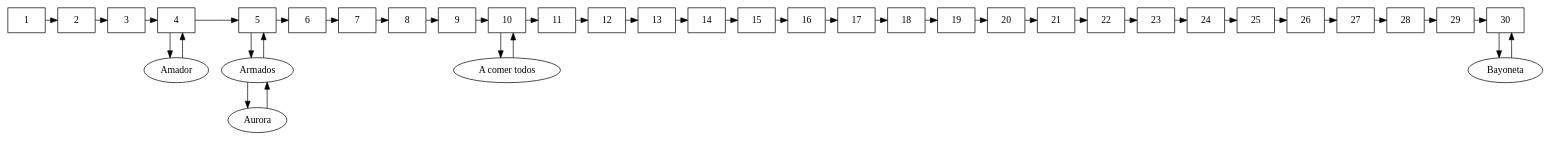
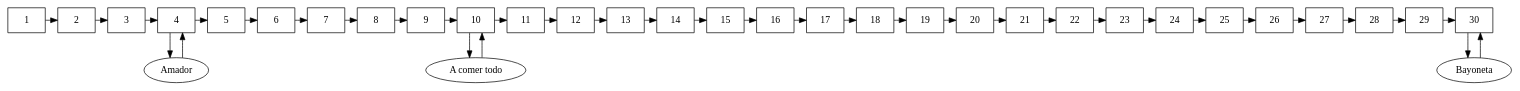
The diagram in templates/getAll.dot (RojasCJP/EDD_VirtualMall_201900289), drawn with Graphviz before and after one commit. The commit also changed 5 other files, not shown here.

```diff
--- a/templates/getAll.dot
+++ b/templates/getAll.dot
@@ -1,76 +1,71 @@
 digraph getAll {
 graph[splines="ortho"];
 Lista1[label="1",shape="box", group=1];
 Lista2[label="2",shape="box", group=2];
 Lista1->Lista2;
 Lista3[label="3",shape="box", group=3];
 Lista2->Lista3;
 Lista4[label="4",shape="box", group=4];
 elemento1[label="Amador",group=4];
 Lista4->elemento1;
  elemento1->Lista4;
 Lista3->Lista4;
 Lista5[label="5",shape="box", group=5];
-elemento2[label="Armados",group=5];
-Lista5->elemento2;
- elemento2->Lista5;
-elemento3[label="Aurora",group=5];
-elemento2->elemento3;
- elemento3->elemento2;Lista4->Lista5;
+Lista4->Lista5;
 Lista6[label="6",shape="box", group=6];
 Lista5->Lista6;
 Lista7[label="7",shape="box", group=7];
 Lista6->Lista7;
 Lista8[label="8",shape="box", group=8];
 Lista7->Lista8;
 Lista9[label="9",shape="box", group=9];
 Lista8->Lista9;
 Lista10[label="10",shape="box", group=10];
-elemento4[label="A comer todos",group=10];
-Lista10->elemento4;
- elemento4->Lista10;
+elemento2[label="A comer todo",group=10];
+Lista10->elemento2;
+ elemento2->Lista10;
 Lista9->Lista10;
 Lista11[label="11",shape="box", group=11];
 Lista10->Lista11;
 Lista12[label="12",shape="box", group=12];
 Lista11->Lista12;
 Lista13[label="13",shape="box", group=13];
 Lista12->Lista13;
 Lista14[label="14",shape="box", group=14];
 Lista13->Lista14;
 Lista15[label="15",shape="box", group=15];
 Lista14->Lista15;
 Lista16[label="16",shape="box", group=16];
 Lista15->Lista16;
 Lista17[label="17",shape="box", group=17];
 Lista16->Lista17;
 Lista18[label="18",shape="box", group=18];
 Lista17->Lista18;
 Lista19[label="19",shape="box", group=19];
 Lista18->Lista19;
 Lista20[label="20",shape="box", group=20];
 Lista19->Lista20;
 Lista21[label="21",shape="box", group=21];
 Lista20->Lista21;
 Lista22[label="22",shape="box", group=22];
 Lista21->Lista22;
 Lista23[label="23",shape="box", group=23];
 Lista22->Lista23;
 Lista24[label="24",shape="box", group=24];
 Lista23->Lista24;
 Lista25[label="25",shape="box", group=25];
 Lista24->Lista25;
 Lista26[label="26",shape="box", group=26];
 Lista25->Lista26;
 Lista27[label="27",shape="box", group=27];
 Lista26->Lista27;
 Lista28[label="28",shape="box", group=28];
 Lista27->Lista28;
 Lista29[label="29",shape="box", group=29];
 Lista28->Lista29;
 Lista30[label="30",shape="box", group=30];
-elemento5[label="Bayoneta",group=30];
-Lista30->elemento5;
- elemento5->Lista30;
+elemento3[label="Bayoneta",group=30];
+Lista30->elemento3;
+ elemento3->Lista30;
 Lista29->Lista30;
 {rank="same";Lista1;Lista2;Lista3;Lista4;Lista5;Lista6;Lista7;Lista8;Lista9;Lista10;Lista11;Lista12;Lista13;Lista14;Lista15;Lista16;Lista17;Lista18;Lista19;Lista20;Lista21;Lista22;Lista23;Lista24;Lista25;Lista26;Lista27;Lista28;Lista29;Lista30;}}
```
